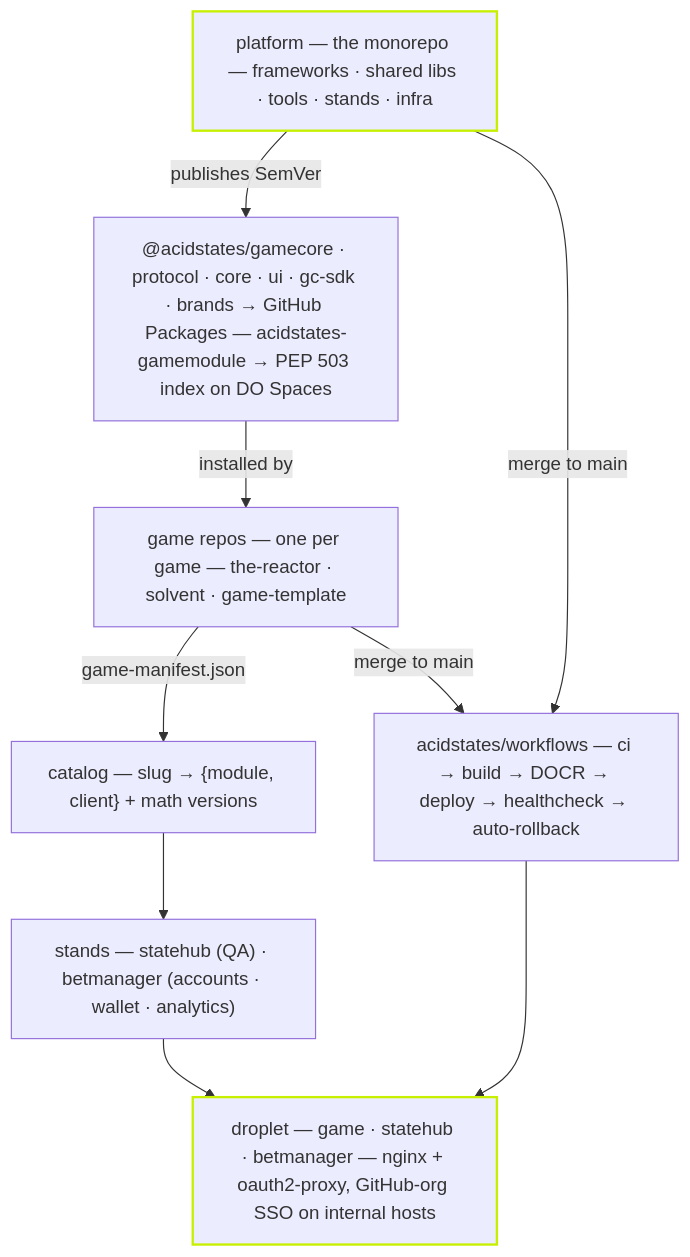
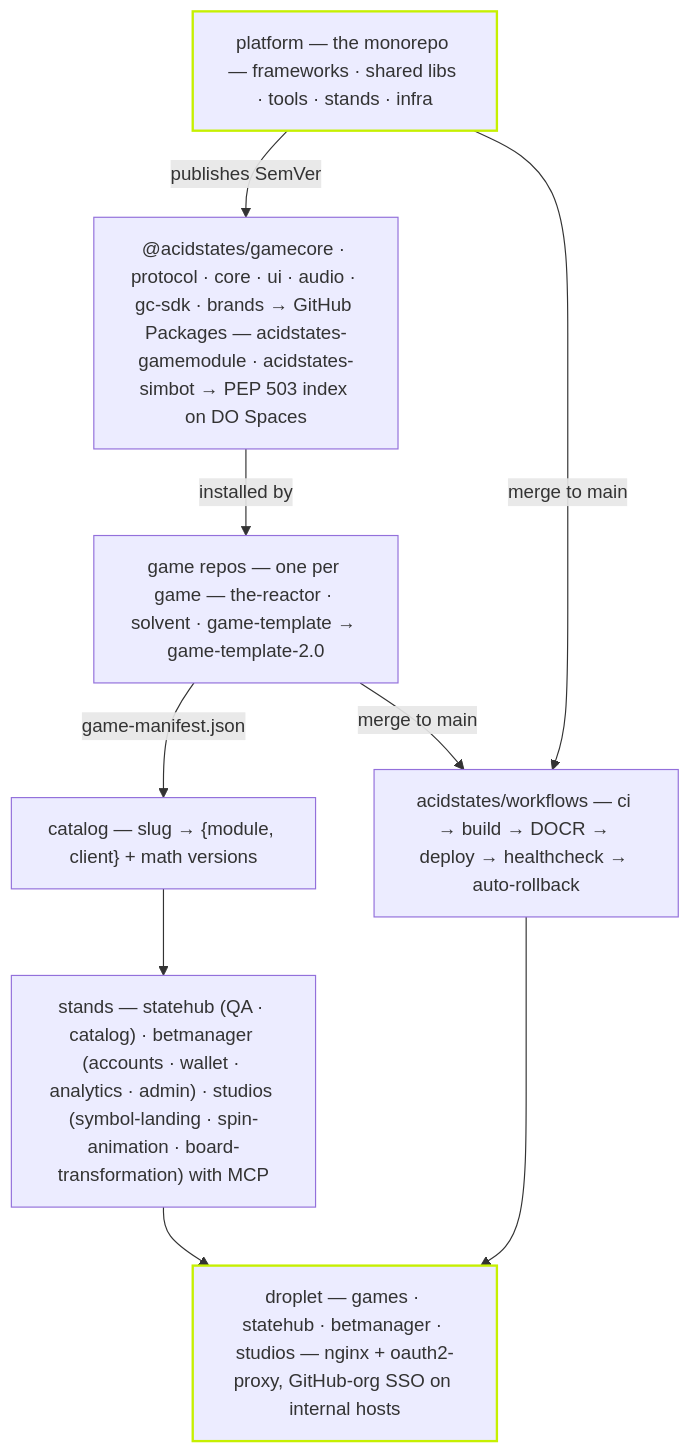
One commit to acidstates/.github changed the diagram in profile/platform-diagram.mmd. Above: the diagram before and after it, drawn with Mermaid. The commit also changed 3 other files, not shown here.

```diff
--- a/profile/platform-diagram.mmd
+++ b/profile/platform-diagram.mmd
@@ -1,18 +1,18 @@
 flowchart TD
   PLAT["platform — the monorepo — frameworks · shared libs · tools · stands · infra"]
-  PKG["@acidstates/gamecore · protocol · core · ui · gc-sdk · brands → GitHub Packages — acidstates-gamemodule → PEP 503 index on DO Spaces"]
-  GAMES["game repos — one per game — the-reactor · solvent · game-template"]
+  PKG["@acidstates/gamecore · protocol · core · ui · audio · gc-sdk · brands → GitHub Packages — acidstates-gamemodule · acidstates-simbot → PEP 503 index on DO Spaces"]
+  GAMES["game repos — one per game — the-reactor · solvent · game-template → game-template-2.0"]
   CAT["catalog — slug → {module, client} + math versions"]
   CI["acidstates/workflows — ci → build → DOCR → deploy → healthcheck → auto-rollback"]
-  STANDS["stands — statehub (QA) · betmanager (accounts · wallet · analytics)"]
-  LIVE["droplet — game · statehub · betmanager — nginx + oauth2-proxy, GitHub-org SSO on internal hosts"]
+  STANDS["stands — statehub (QA · catalog) · betmanager (accounts · wallet · analytics · admin) · studios (symbol-landing · spin-animation · board-transformation) with MCP"]
+  LIVE["droplet — games · statehub · betmanager · studios — nginx + oauth2-proxy, GitHub-org SSO on internal hosts"]
   PLAT -->|publishes SemVer| PKG
   PKG -->|installed by| GAMES
   GAMES -->|game-manifest.json| CAT
   GAMES -->|merge to main| CI
   PLAT -->|merge to main| CI
   CAT --> STANDS
   CI --> LIVE
   STANDS --> LIVE
   classDef acid stroke:#C6F000,stroke-width:2px
   class PLAT,LIVE acid
```
